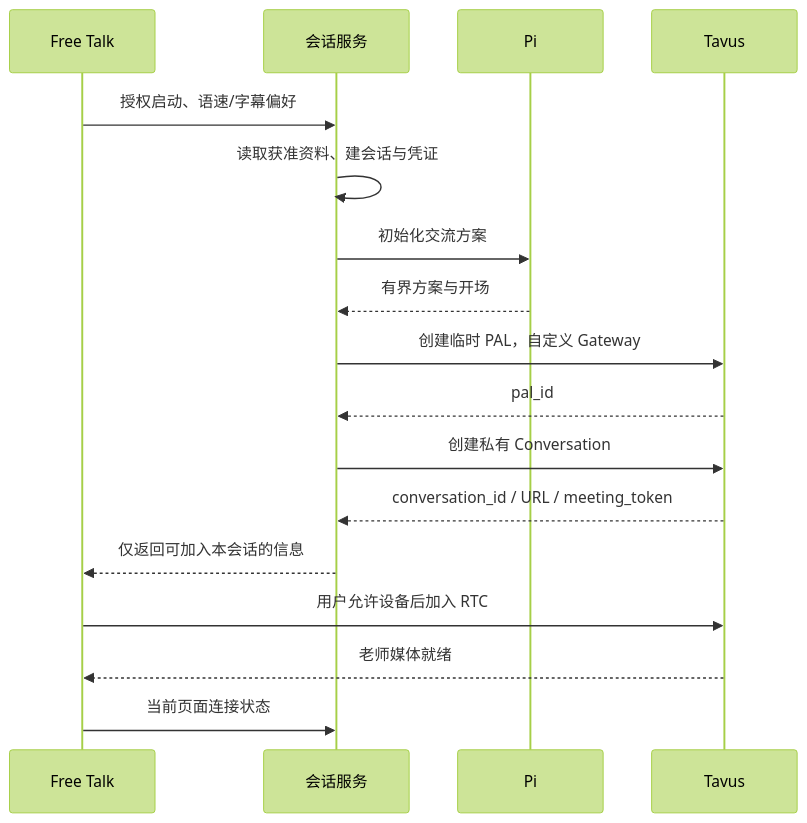
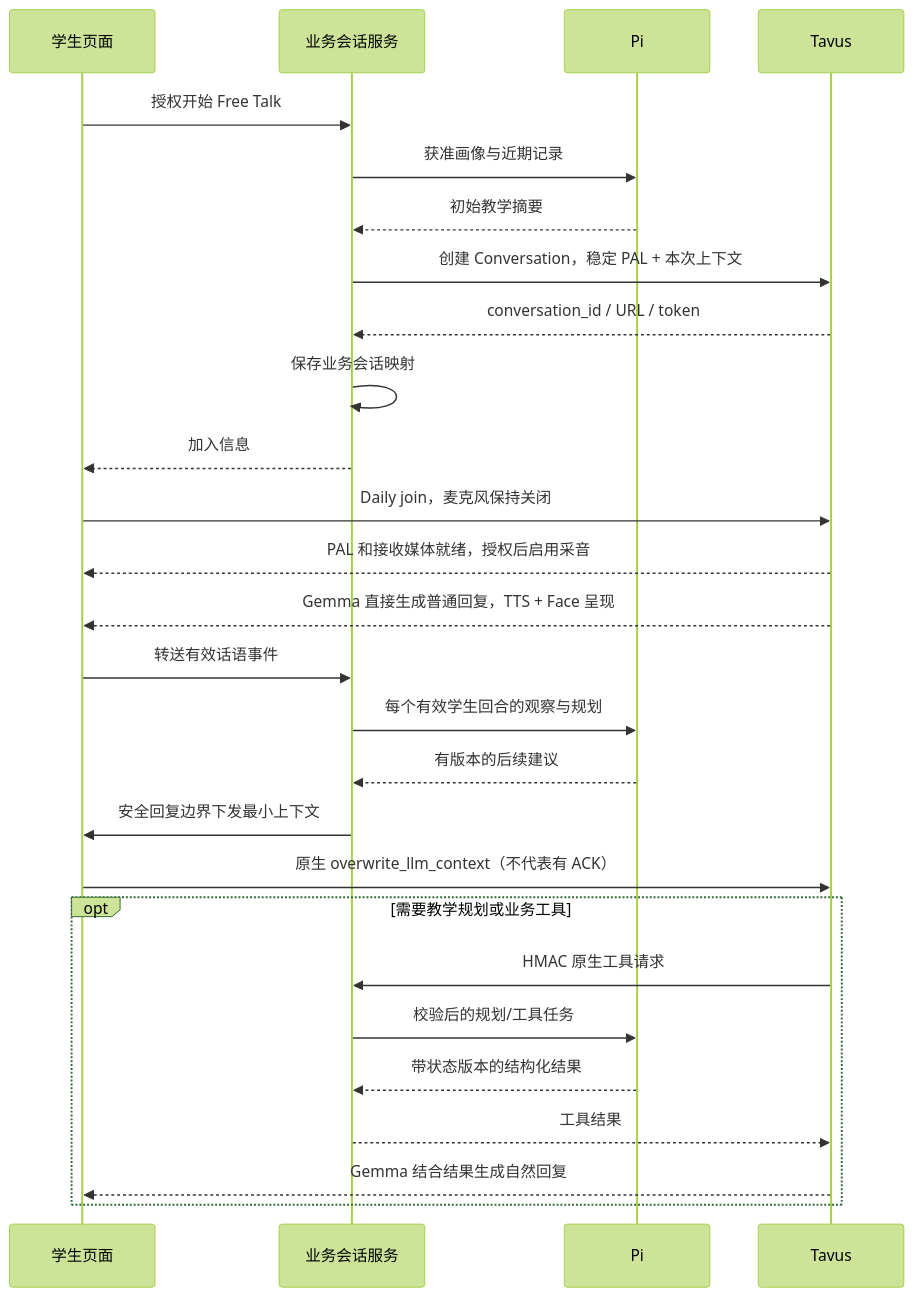
Before and after one commit to yqhuang-cyber/tavus_agent_poc: the second of 2 diagrams in docs/tavus-agent-poc-prd.md, drawn with Mermaid (forest theme). The commit also changed other lines of this file and 5 other files, not shown here.

Commit message:
docs: align native Tavus and Pi design with Free Talk goals

````diff
--- a/docs/tavus-agent-poc-prd.md
+++ b/docs/tavus-agent-poc-prd.md
@@ -275,19 +320,29 @@
 ```mermaid
 sequenceDiagram
-    participant W as Free Talk
-    participant G as 会话服务
+    participant U as 学生页面
+    participant B as 业务会话服务
     participant P as Pi
     participant T as Tavus
-    W->>G: 授权启动、语速/字幕偏好
-    G->>G: 读取获准资料、建会话与凭证
-    G->>P: 初始化交流方案
-    P-->>G: 有界方案与开场
-    G->>T: 创建临时 PAL，自定义 Gateway
-    T-->>G: pal_id
-    G->>T: 创建私有 Conversation
-    T-->>G: conversation_id / URL / meeting_token
-    G-->>W: 仅返回可加入本会话的信息
-    W->>T: 用户允许设备后加入 RTC
-    T-->>W: 老师媒体就绪
-    W->>G: 当前页面连接状态
+    U->>B: 授权开始 Free Talk
+    B->>P: 获准画像与近期记录
+    P-->>B: 初始教学摘要
+    B->>T: 创建 Conversation，稳定 PAL + 本次上下文
+    T-->>B: conversation_id / URL / token
+    B->>B: 保存业务会话映射
+    B-->>U: 加入信息
+    U->>T: Daily join，麦克风保持关闭
+    T-->>U: PAL 和接收媒体就绪，授权后启用采音
+    T-->>U: Gemma 直接生成普通回复，TTS + Face 呈现
+    U->>B: 转送有效话语事件
+    B->>P: 每个有效学生回合的观察与规划
+    P-->>B: 有版本的后续建议
+    B->>U: 安全回复边界下发最小上下文
+    U->>T: 原生 overwrite_llm_context（不代表有 ACK）
+    opt 需要教学规划或业务工具
+        T->>B: HMAC 原生工具请求
+        B->>P: 校验后的规划/工具任务
+        P-->>B: 带状态版本的结构化结果
+        B-->>T: 工具结果
+        T-->>U: Gemma 结合结果生成自然回复
+    end
 ```
````
